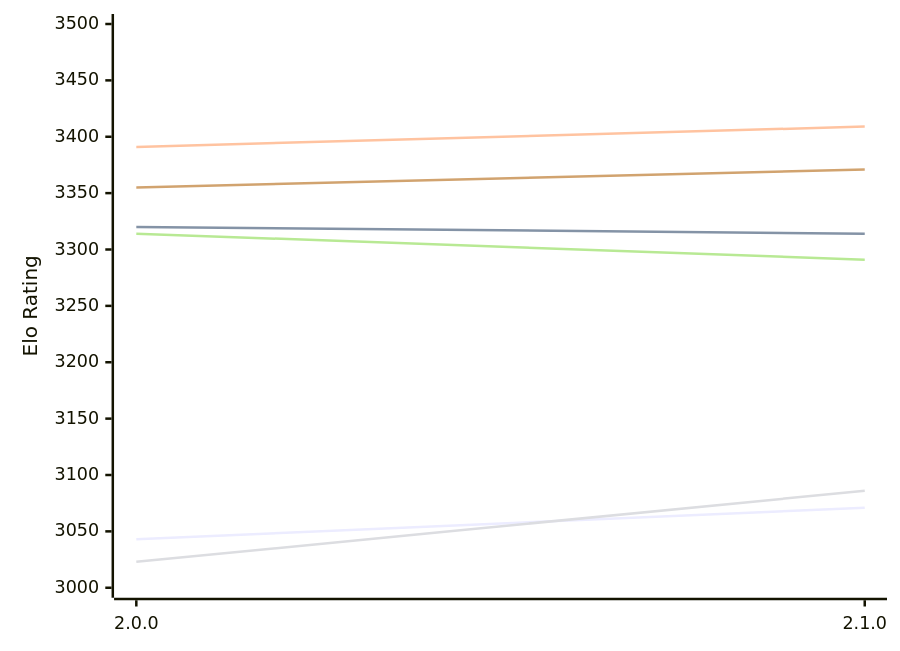
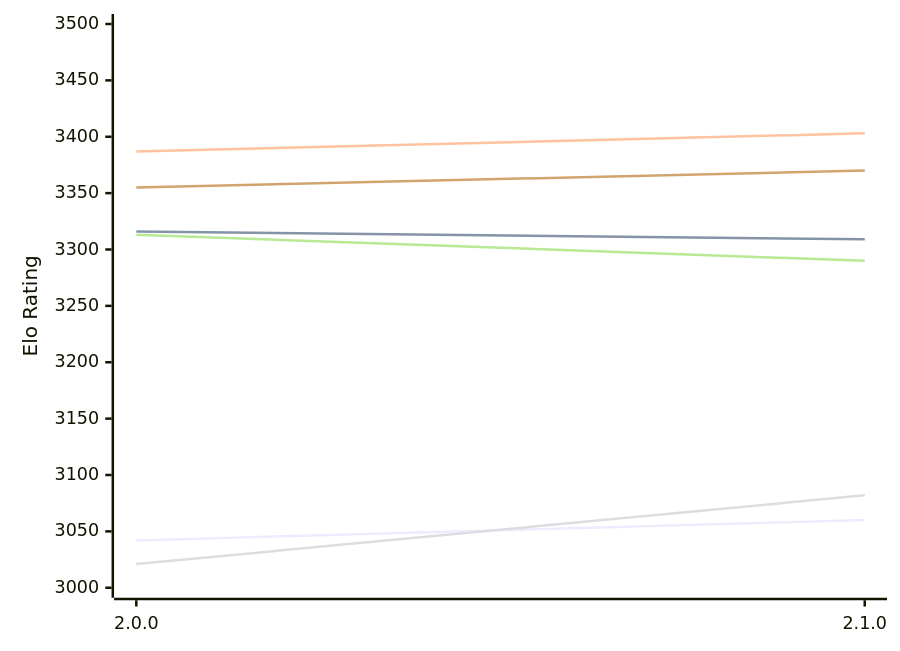
The diagram in engines/Sapling.md (computer-chess-index/cci), drawn with Mermaid before and after one commit. The commit also changed other lines of this file, not shown here.

Commit message:
Update CCI Ratings (ELO VLTC) - 2026-11-26

````diff
--- a/engines/Sapling.md
+++ b/engines/Sapling.md
@@ -49,12 +49,12 @@
 ```mermaid
 %%{init: {"theme":"base","themeVariables":{"seriesColors:['#a3a3a3','#222221','#faa371']}}}%%
 xychart-beta
   x-axis ["2.0.0", "2.1.0"]
   y-axis "Elo Rating" 3000 --> 3500
-  line "E1: STC (8.0+0.08s)" [3043, 3071]
-  line "E1: LTC (60.0+0.60s)" [3320, 3314]
-  line "E1: VLTC (2m24s+1.12s)" [3391, 3409]
-  line "P1: STC (8.0+0.08s)" [3023, 3086]
-  line "P1: LTC (60.0+0.60s)" [3314, 3291]
-  line "P1: VLTC (2m24s+1.12s)" [3355, 3371]
+  line "E1: STC (8.0+0.08s)" [3042, 3060]
+  line "E1: LTC (60.0+0.60s)" [3316, 3309]
+  line "E1: VLTC (2m24s+1.12s)" [3387, 3403]
+  line "P1: STC (8.0+0.08s)" [3021, 3082]
+  line "P1: LTC (60.0+0.60s)" [3313, 3290]
+  line "P1: VLTC (2m24s+1.12s)" [3355, 3370]
 ```
````
